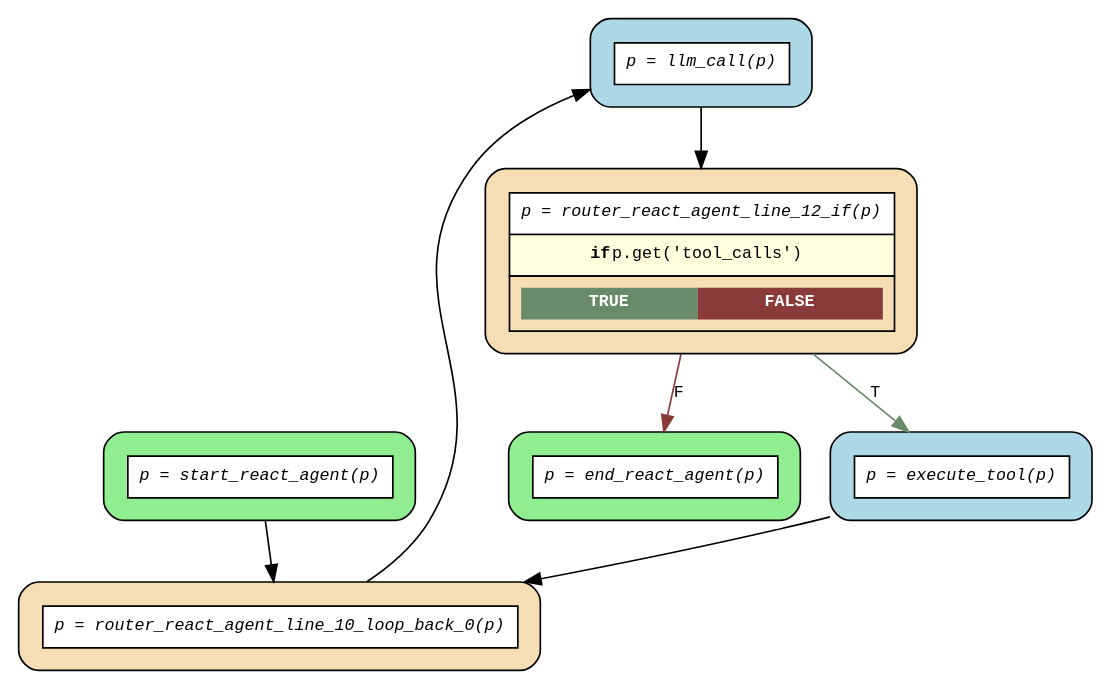
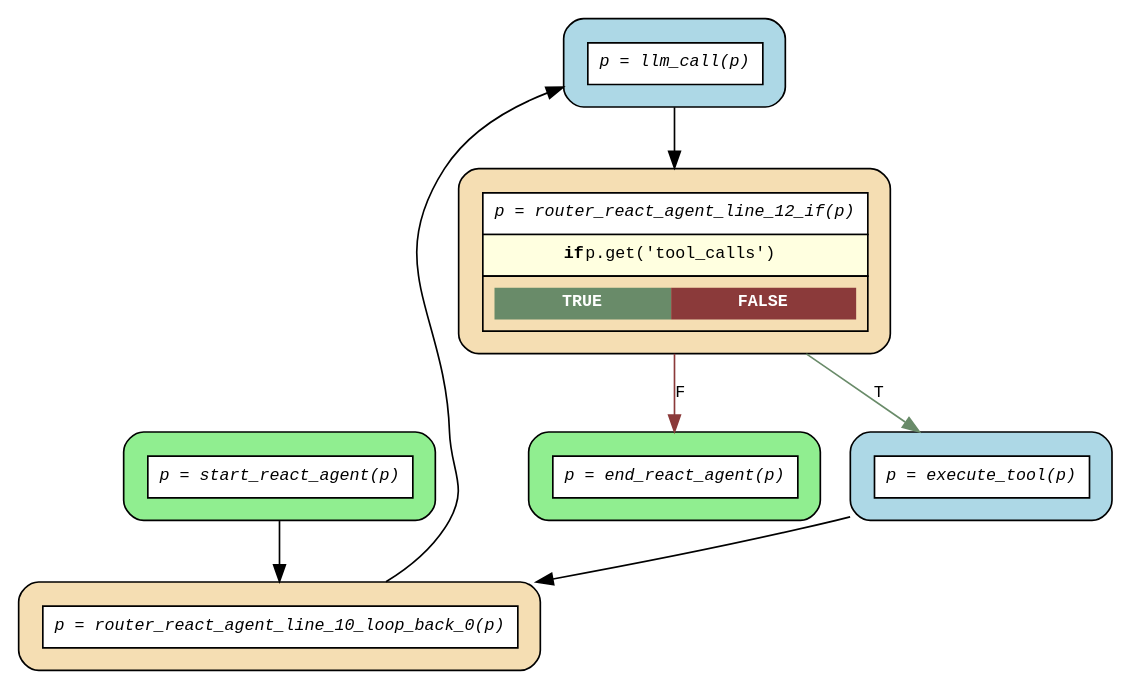
One commit to deliveryhero/asya changed the diagram in examples/flows/compiled/while_react_loop/flow.dot. Above: the diagram before and after it, drawn with Graphviz. The commit also changed 71 other files, not shown here.

```diff
--- a/examples/flows/compiled/while_react_loop/flow.dot
+++ b/examples/flows/compiled/while_react_loop/flow.dot
@@ -1,20 +1,20 @@
 digraph flow {
   rankdir=TB;
   graph [fontname="Courier", fontsize=10];
   node [fontname="Courier", fontsize=10, shape=box, style="filled,rounded", margin="0.2"];
   edge [fontname="Courier", fontsize=10];
 
-  start_react_agent [fillcolor="lightgreen", label=<<table border="0" cellspacing="0" cellpadding="6" cellborder="1"><tr><td bgcolor="white" align="center"><i>p = start_react_agent(p)</i></td></tr></table>>];
-  router_react_agent_line_12_if [fillcolor="wheat", label=<<table border="0" cellspacing="0" cellpadding="6" cellborder="1"><tr><td bgcolor="white" align="center"><i>p = router_react_agent_line_12_if(p)</i></td></tr><tr><td bgcolor="lightyellow"><b>if</b> p.get('tool_calls')</td></tr><tr><td><table border="0" cellspacing="0" cellpadding="4"><tr><td bgcolor="darkseagreen4"><font color="white"><b>TRUE</b></font></td><td bgcolor="indianred4"><font color="white"><b>FALSE</b></font></td></tr></table></td></tr></table>>];
-  router_react_agent_line_10_loop_back_0 [fillcolor="wheat", label=<<table border="0" cellspacing="0" cellpadding="6" cellborder="1"><tr><td bgcolor="white" align="center"><i>p = router_react_agent_line_10_loop_back_0(p)</i></td></tr></table>>];
-  end_react_agent [fillcolor="lightgreen", label=<<table border="0" cellspacing="0" cellpadding="6" cellborder="1"><tr><td bgcolor="white" align="center"><i>p = end_react_agent(p)</i></td></tr></table>>];
+  start_react_agent [fillcolor="lightgreen", group="main", label=<<table border="0" cellspacing="0" cellpadding="6" cellborder="1"><tr><td bgcolor="white" align="center"><i>p = start_react_agent(p)</i></td></tr></table>>];
+  router_react_agent_line_12_if [fillcolor="wheat", group="main", label=<<table border="0" cellspacing="0" cellpadding="6" cellborder="1"><tr><td bgcolor="white" align="center"><i>p = router_react_agent_line_12_if(p)</i></td></tr><tr><td bgcolor="lightyellow"><b>if</b> p.get('tool_calls')</td></tr><tr><td><table border="0" cellspacing="0" cellpadding="4"><tr><td bgcolor="darkseagreen4"><font color="white"><b>TRUE</b></font></td><td bgcolor="indianred4"><font color="white"><b>FALSE</b></font></td></tr></table></td></tr></table>>];
+  router_react_agent_line_10_loop_back_0 [fillcolor="wheat", group="main", label=<<table border="0" cellspacing="0" cellpadding="6" cellborder="1"><tr><td bgcolor="white" align="center"><i>p = router_react_agent_line_10_loop_back_0(p)</i></td></tr></table>>];
+  end_react_agent [fillcolor="lightgreen", group="main", label=<<table border="0" cellspacing="0" cellpadding="6" cellborder="1"><tr><td bgcolor="white" align="center"><i>p = end_react_agent(p)</i></td></tr></table>>];
   execute_tool [fillcolor="lightblue", label=<<table border="0" cellspacing="0" cellpadding="6" cellborder="1"><tr><td bgcolor="white" align="center"><i>p = execute_tool(p)</i></td></tr></table>>];
   llm_call [fillcolor="lightblue", label=<<table border="0" cellspacing="0" cellpadding="6" cellborder="1"><tr><td bgcolor="white" align="center"><i>p = llm_call(p)</i></td></tr></table>>];
 
   execute_tool -> router_react_agent_line_10_loop_back_0;
   llm_call -> router_react_agent_line_12_if;
   router_react_agent_line_10_loop_back_0 -> llm_call [constraint=false];
   router_react_agent_line_12_if -> end_react_agent [label="F", color=indianred4];
   router_react_agent_line_12_if -> execute_tool [label="T", color=darkseagreen4];
   start_react_agent -> router_react_agent_line_10_loop_back_0;
 }
```
